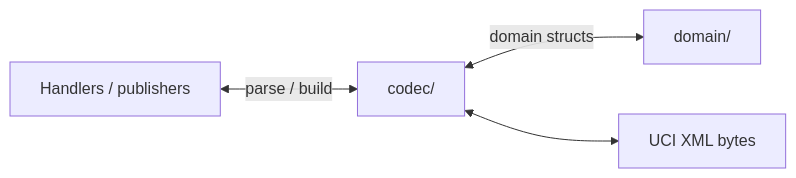
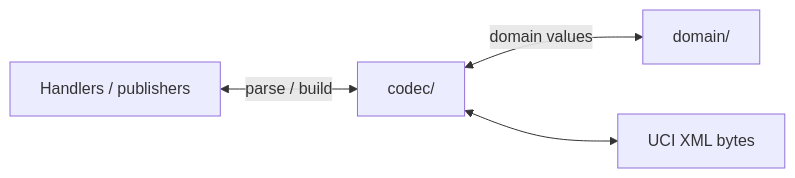
The diagram in docs/CODEC.md (OpenAutonomy/open-vi), drawn with Mermaid before and after one commit. The commit also changed other lines of this file and 22 other files, not shown here.

````diff
--- a/docs/CODEC.md
+++ b/docs/CODEC.md
@@ -14,11 +8,11 @@
 ```mermaid
 flowchart LR
   H["Handlers / publishers"]
   C["codec/"]
   D["domain/"]
   XML["UCI XML bytes"]
 
   H <-->|"parse / build"| C
-  C <-->|"domain structs"| D
+  C <-->|"domain values"| D
   C <--> XML
 ```
````
